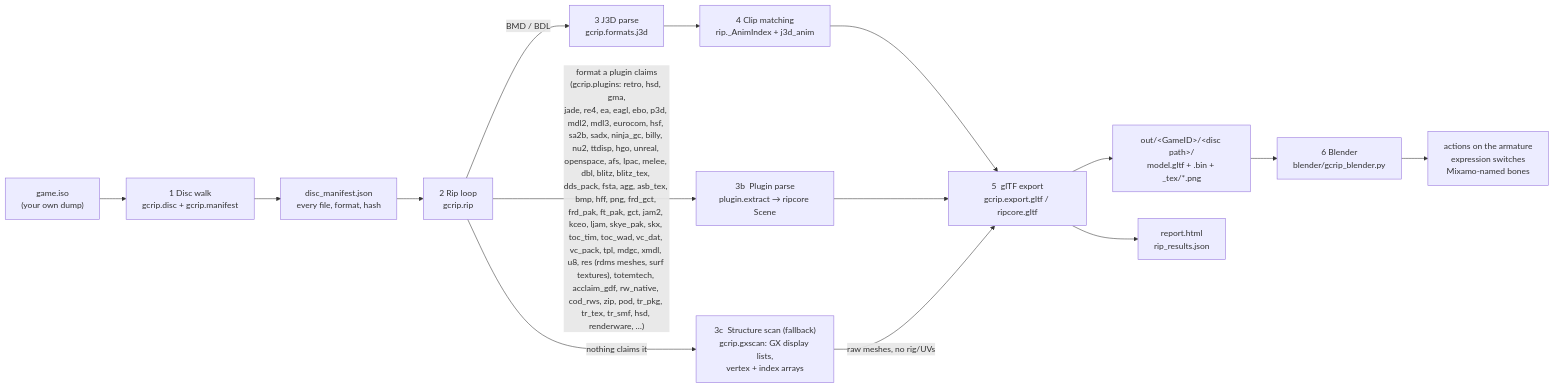
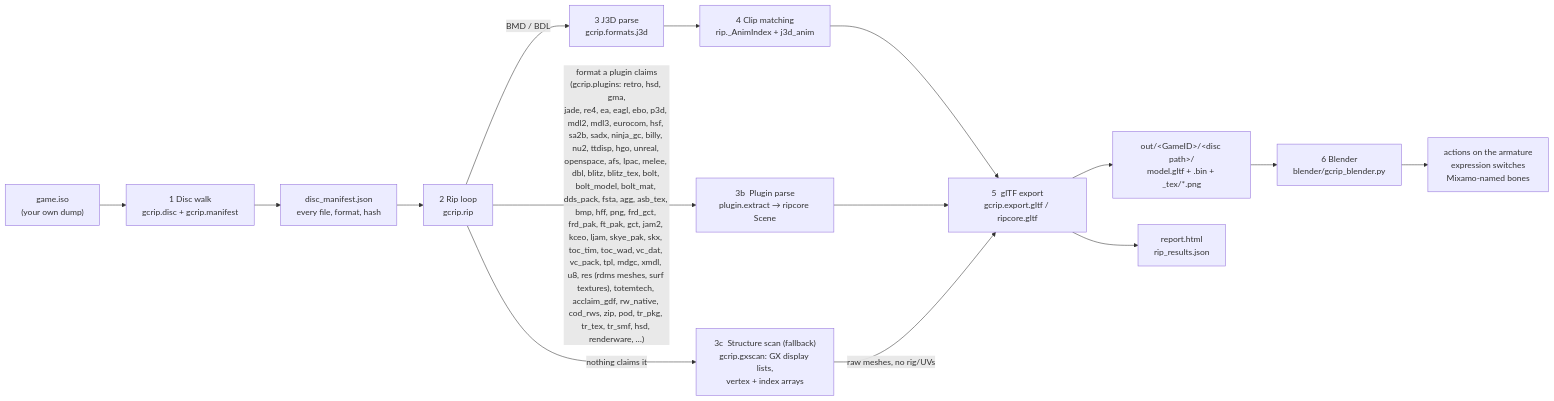
Before and after one commit to Felbs/3d-ripper-9000: the first of 10 diagrams in docs/PIPELINE.md, drawn with Mermaid. The commit also changed other lines of this file and 11 other files, not shown here.

````diff
--- a/docs/PIPELINE.md
+++ b/docs/PIPELINE.md
@@ -11,17 +11,17 @@
 ```mermaid
 flowchart LR
     ISO["game.iso<br/>(your own dump)"] --> WALK["1  Disc walk<br/>gcrip.disc + gcrip.manifest"]
     WALK --> MAN["disc_manifest.json<br/>every file, format, hash"]
     MAN --> RIP["2  Rip loop<br/>gcrip.rip"]
     RIP -->|"BMD / BDL"| J3D["3  J3D parse<br/>gcrip.formats.j3d"]
-    RIP -->|"format a plugin claims<br/>(gcrip.plugins: retro, hsd, gma,<br/>jade, re4, ea, eagl, ebo, p3d, mdl2, mdl3, eurocom, hsf, sa2b, sadx, ninja_gc, billy, nu2, ttdisp, hgo, unreal, openspace, afs, lpac, melee, dbl, blitz, blitz_tex, dds_pack, fsta, agg, asb_tex, bmp, hff, png, frd_gct, frd_pak, ft_pak, gct, jam2, kceo, ljam, skye_pak, skx, toc_tim, toc_wad, vc_dat, vc_pack, tpl, mdgc, xmdl, u8, res (rdms meshes, surf textures), totemtech, acclaim_gdf, rw_native, cod_rws, zip, pod, tr_pkg, tr_tex, tr_smf, hsd, renderware, …)"| PLUG["3b  Plugin parse<br/>plugin.extract → ripcore Scene"]
+    RIP -->|"format a plugin claims<br/>(gcrip.plugins: retro, hsd, gma,<br/>jade, re4, ea, eagl, ebo, p3d, mdl2, mdl3, eurocom, hsf, sa2b, sadx, ninja_gc, billy, nu2, ttdisp, hgo, unreal, openspace, afs, lpac, melee, dbl, blitz, blitz_tex, bolt, bolt_model, bolt_mat, dds_pack, fsta, agg, asb_tex, bmp, hff, png, frd_gct, frd_pak, ft_pak, gct, jam2, kceo, ljam, skye_pak, skx, toc_tim, toc_wad, vc_dat, vc_pack, tpl, mdgc, xmdl, u8, res (rdms meshes, surf textures), totemtech, acclaim_gdf, rw_native, cod_rws, zip, pod, tr_pkg, tr_tex, tr_smf, hsd, renderware, …)"| PLUG["3b  Plugin parse<br/>plugin.extract → ripcore Scene"]
     RIP -->|"nothing claims it"| GX["3c  Structure scan (fallback)<br/>gcrip.gxscan: GX display lists,<br/>vertex + index arrays"]
     J3D --> ANIM["4  Clip matching<br/>rip._AnimIndex + j3d_anim"]
     ANIM --> GLTF["5  glTF export<br/>gcrip.export.gltf / ripcore.gltf"]
     PLUG --> GLTF
     GX -->|"raw meshes, no rig/UVs"| GLTF
     GLTF --> OUT["out/&lt;GameID&gt;/&lt;disc path&gt;/<br/>model.gltf + .bin + _tex/*.png"]
     GLTF --> REP["report.html<br/>rip_results.json"]
     OUT --> BL["6  Blender<br/>blender/gcrip_blender.py"]
     BL --> PLAY["actions on the armature<br/>expression switches<br/>Mixamo-named bones"]
 ```
````
